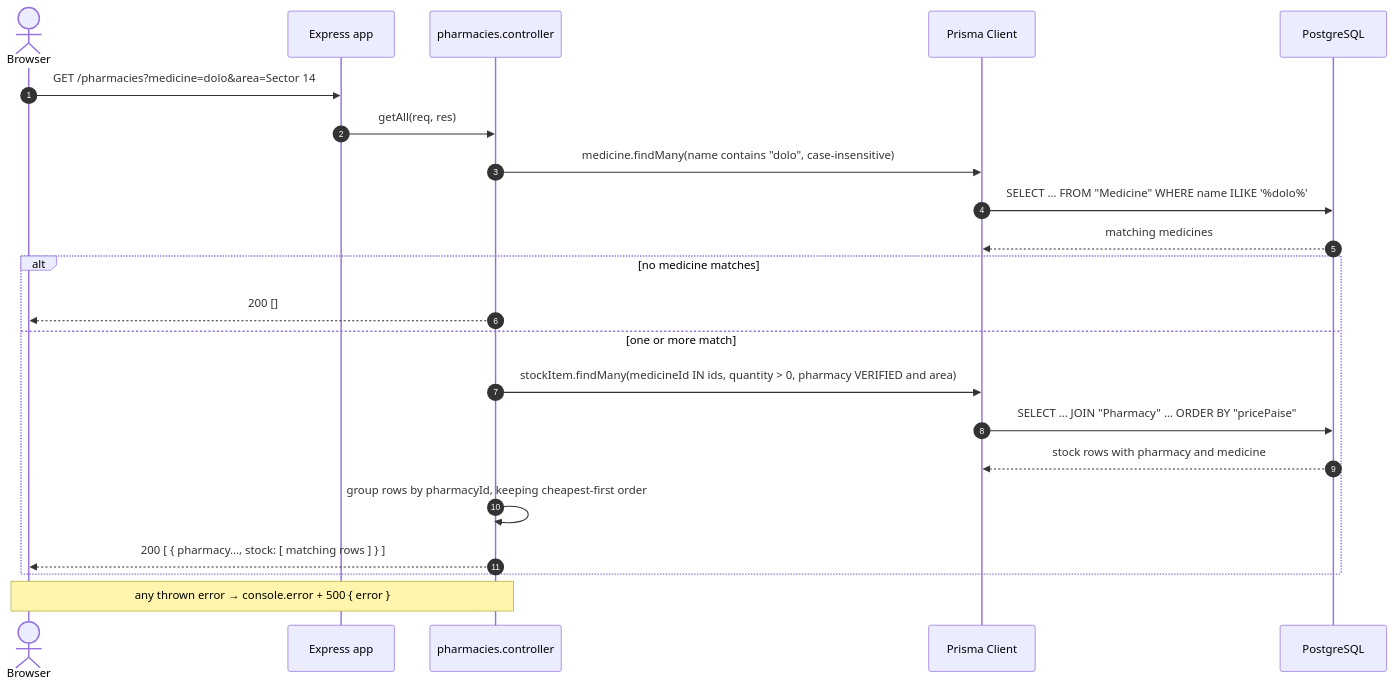
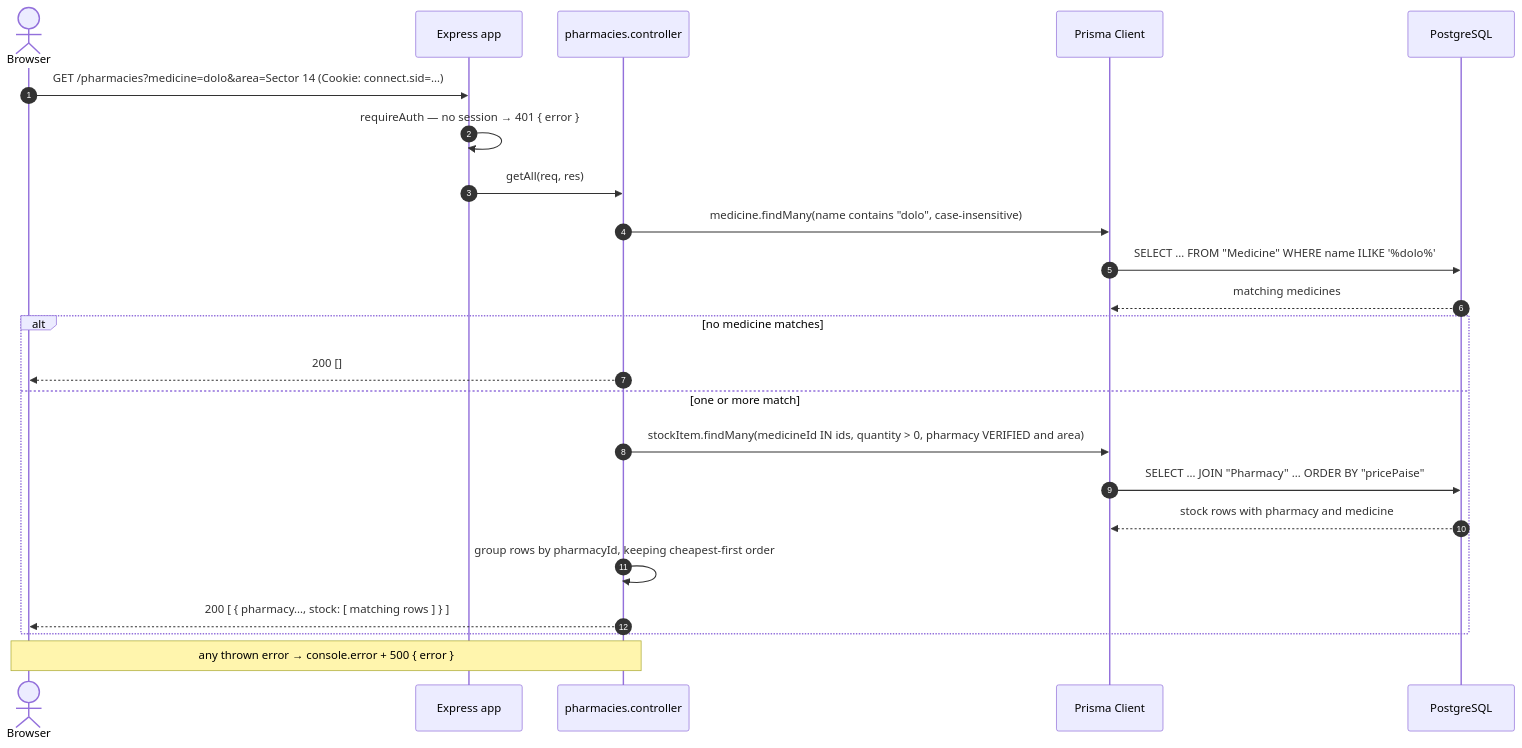
The second of 3 diagrams in README.md (vishalkbladerunner-create/velora_AP_2026), drawn with Mermaid before and after one commit. The commit also changed other lines of this file and 27 other files, not shown here.

````diff
--- a/README.md
+++ b/README.md
@@ -87,25 +93,26 @@
 ```mermaid
 sequenceDiagram
     autonumber
     actor U as Browser
     participant A as Express app
     participant C as pharmacies.controller
     participant P as Prisma Client
     participant D as PostgreSQL
 
-    U->>A: GET /pharmacies?medicine=dolo&area=Sector 14
+    U->>A: GET /pharmacies?medicine=dolo&area=Sector 14  (Cookie: connect.sid=…)
+    A->>A: requireAuth — no session → 401 { error }
     A->>C: getAll(req, res)
     C->>P: medicine.findMany(name contains "dolo", case-insensitive)
     P->>D: SELECT … FROM "Medicine" WHERE name ILIKE '%dolo%'
     D-->>P: matching medicines
     alt no medicine matches
         C-->>U: 200 []
     else one or more match
         C->>P: stockItem.findMany(medicineId IN ids, quantity > 0, pharmacy VERIFIED and area)
         P->>D: SELECT … JOIN "Pharmacy" … ORDER BY "pricePaise"
         D-->>P: stock rows with pharmacy and medicine
         C->>C: group rows by pharmacyId, keeping cheapest-first order
         C-->>U: 200 [ { pharmacy…, stock: [ matching rows ] } ]
     end
     Note over C,U: any thrown error → console.error + 500 { error }
 ```
````
